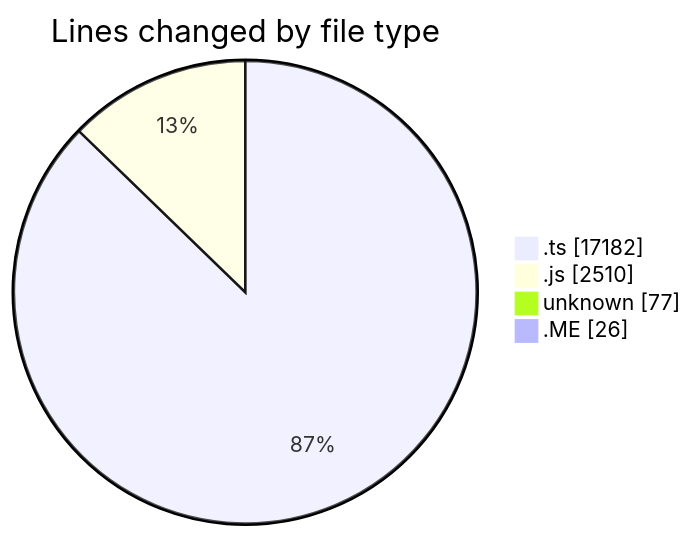
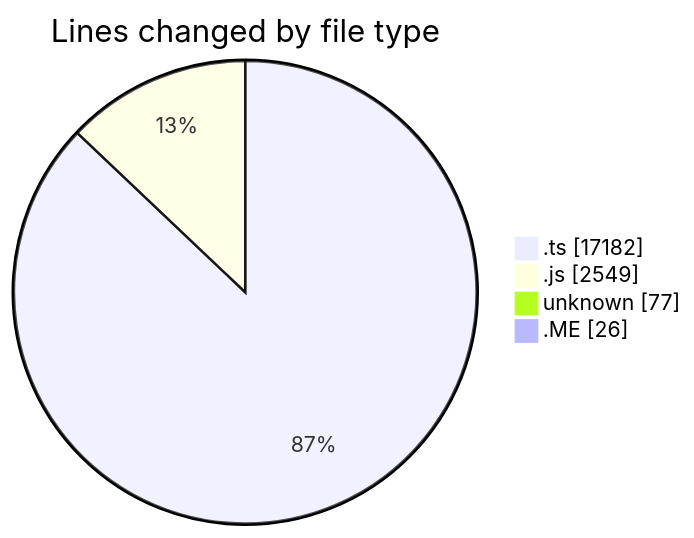
The first of 2 diagrams in 2026-02-03/cda/README.md (momahboobian/code-tracking), drawn with Mermaid before and after one commit. The commit also changed other lines of this file and 1 other file, not shown here.

````diff
--- a/2026-02-03/cda/README.md
+++ b/2026-02-03/cda/README.md
@@ -30,8 +30,8 @@
 ```mermaid
 pie showData
 title Lines changed by file type
 ".ts" : 17182
-".js" : 2510
+".js" : 2549
 "unknown" : 77
 ".ME" : 26
 ```
````
